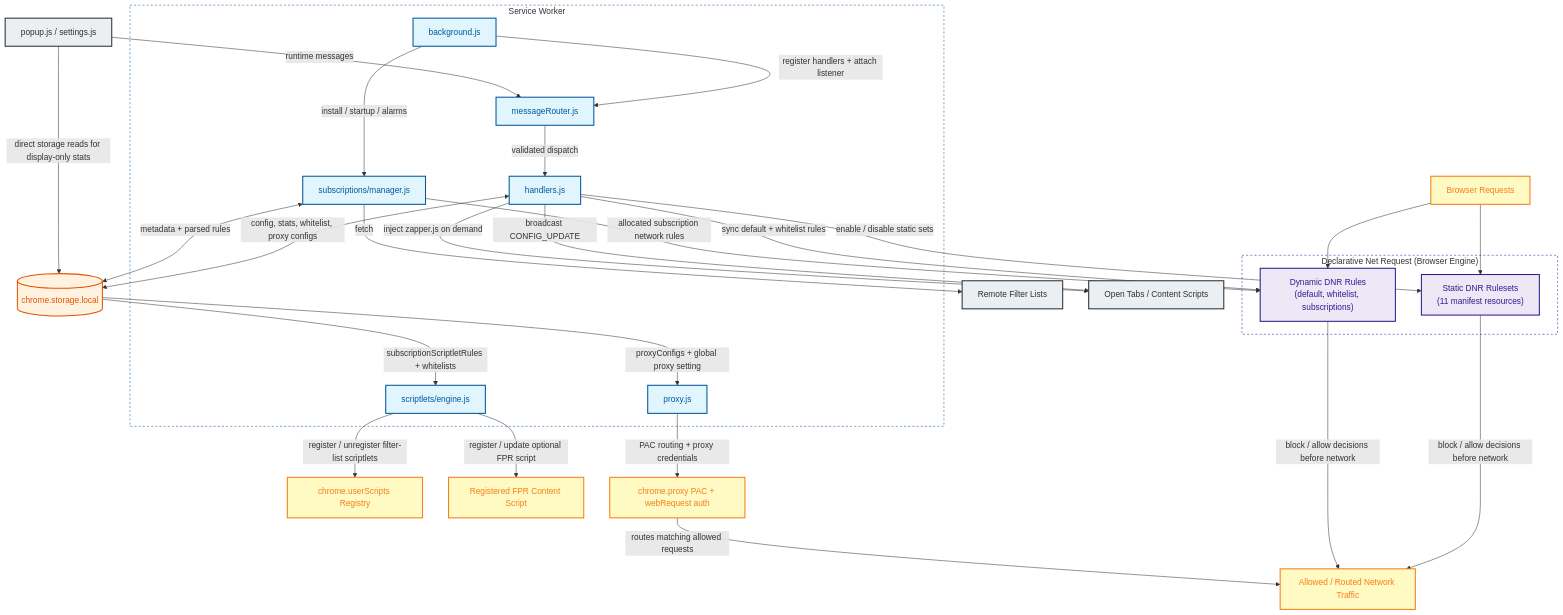
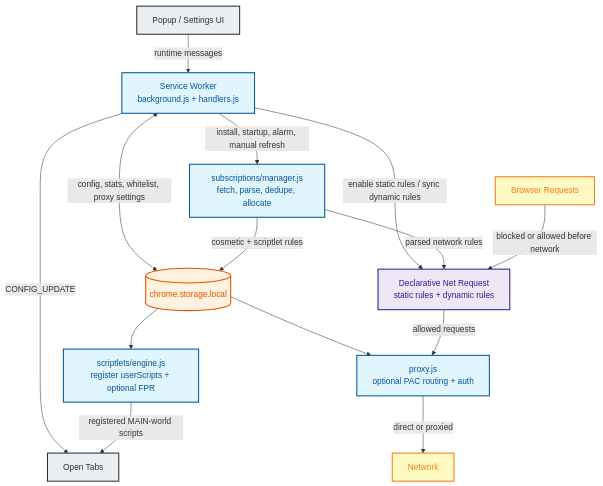
One commit to Dabrogost/Chroma-Ad-Blocker changed the second of 2 diagrams in README.md. Above: the diagram before and after it, drawn with Mermaid. The commit also changed other lines of this file, not shown here.

Commit message:
docs: simplify browser tab and service worker architecture diagrams in README.md

````diff
--- a/README.md
+++ b/README.md
@@ -101,65 +71,35 @@
 ```mermaid
 graph TD
-    classDef sw       fill:#e1f5fe,color:#01579b,stroke:#01579b,stroke-width:2px
-    classDef storage  fill:#fff3e0,color:#e65100,stroke:#e65100,stroke-width:2px
-    classDef dnr      fill:#ede7f6,color:#311b92,stroke:#311b92,stroke-width:2px
-    classDef actor    fill:#eceff1,color:#263238,stroke:#263238,stroke-width:2px
-    classDef browser  fill:#fff9c4,color:#f57f17,stroke:#f57f17,stroke-width:2px
+    classDef sw fill:#e1f5fe,color:#01579b,stroke:#01579b,stroke-width:2px
+    classDef storage fill:#fff3e0,color:#e65100,stroke:#e65100,stroke-width:2px
+    classDef dnr fill:#ede7f6,color:#311b92,stroke:#311b92,stroke-width:2px
+    classDef browser fill:#fff9c4,color:#f57f17,stroke:#f57f17,stroke-width:2px
+    classDef actor fill:#eceff1,color:#263238,stroke:#263238,stroke-width:2px
 
-    REQUESTS["Browser Requests"]:::browser
-    ALLOWED["Allowed / Routed Network Traffic"]:::browser
-    FILTERS["Remote Filter Lists"]:::actor
-    UI["popup.js / settings.js"]:::actor
-    TABS["Open Tabs / Content Scripts"]:::actor
-    STORAGE[("chrome.storage.local")]:::storage
-    STATIC["Static DNR Rulesets<br/>(11 manifest resources)"]:::dnr
-    DYNAMIC["Dynamic DNR Rules<br/>(default, whitelist, subscriptions)"]:::dnr
-    USERSCRIPTS["chrome.userScripts Registry"]:::browser
-    FPR_REG["Registered FPR Content Script"]:::browser
-    PROXY_API["chrome.proxy PAC + webRequest auth"]:::browser
+    UI["Popup / Settings UI"]:::actor
+    SW["Service Worker<br/>background.js + handlers.js"]:::sw
+    STORE[("chrome.storage.local")]:::storage
+    SUBS["subscriptions/manager.js<br/>fetch, parse, dedupe, allocate"]:::sw
+    SCRIPTS["scriptlets/engine.js<br/>register userScripts + optional FPR"]:::sw
+    DNR["Declarative Net Request<br/>static rules + dynamic rules"]:::dnr
+    PROXY["proxy.js<br/>optional PAC routing + auth"]:::sw
+    REQ["Browser Requests"]:::browser
+    NET["Network"]:::browser
+    TABS["Open Tabs"]:::actor
 
-    subgraph SW["Service Worker"]
-        BG["background.js"]:::sw
-        ROUTER["messageRouter.js"]:::sw
-        HANDLERS["handlers.js"]:::sw
-        SUBS["subscriptions/manager.js"]:::sw
-        SCRPT["scriptlets/engine.js"]:::sw
-        PROXY["proxy.js"]:::sw
-    end
+    UI -->|"runtime messages"| SW
+    SW <-->|"config, stats, whitelist, proxy settings"| STORE
+    SW -->|"CONFIG_UPDATE"| TABS
+    SW -->|"enable static rules / sync dynamic rules"| DNR
 
-    subgraph DNR_LAYER["Declarative Net Request (Browser Engine)"]
-        STATIC
-        DYNAMIC
-    end
+    SW -->|"install, startup, alarm, manual refresh"| SUBS
+    SUBS -->|"parsed network rules"| DNR
+    SUBS -->|"cosmetic + scriptlet rules"| STORE
+    STORE --> SCRIPTS
+    SCRIPTS -->|"registered MAIN-world scripts"| TABS
 
-    BG -->|"register handlers + attach listener"| ROUTER
-    ROUTER -->|"validated dispatch"| HANDLERS
-    UI -->|"runtime messages"| ROUTER
-    UI -->|"direct storage reads for display-only stats"| STORAGE
-
-    HANDLERS <-->|"config, stats, whitelist, proxy configs"| STORAGE
-    HANDLERS -->|"enable / disable static sets"| STATIC
-    HANDLERS -->|"sync default + whitelist rules"| DYNAMIC
-    HANDLERS -->|"broadcast CONFIG_UPDATE"| TABS
-    HANDLERS -->|"inject zapper.js on demand"| TABS
-
-    BG -->|"install / startup / alarms"| SUBS
-    SUBS -->|"fetch"| FILTERS
-    SUBS <-->|"metadata + parsed rules"| STORAGE
-    SUBS -->|"allocated subscription network rules"| DYNAMIC
-    STORAGE -->|"subscriptionScriptletRules + whitelists"| SCRPT
-    SCRPT -->|"register / unregister filter-list scriptlets"| USERSCRIPTS
-    SCRPT -->|"register / update optional FPR script"| FPR_REG
-
-    STORAGE -->|"proxyConfigs + global proxy setting"| PROXY
-    PROXY -->|"PAC routing + proxy credentials"| PROXY_API
-
-    REQUESTS --> STATIC
-    REQUESTS --> DYNAMIC
-    STATIC -->|"block / allow decisions before network"| ALLOWED
-    DYNAMIC -->|"block / allow decisions before network"| ALLOWED
-    PROXY_API -->|"routes matching allowed requests"| ALLOWED
-
-    style SW fill:none,stroke:#01579b,stroke-width:1px,stroke-dasharray:4
-    style DNR_LAYER fill:none,stroke:#311b92,stroke-width:1px,stroke-dasharray:4
+    STORE --> PROXY
+    REQ -->|"blocked or allowed before network"| DNR
+    DNR -->|"allowed requests"| PROXY
+    PROXY -->|"direct or proxied"| NET
 ```
````
